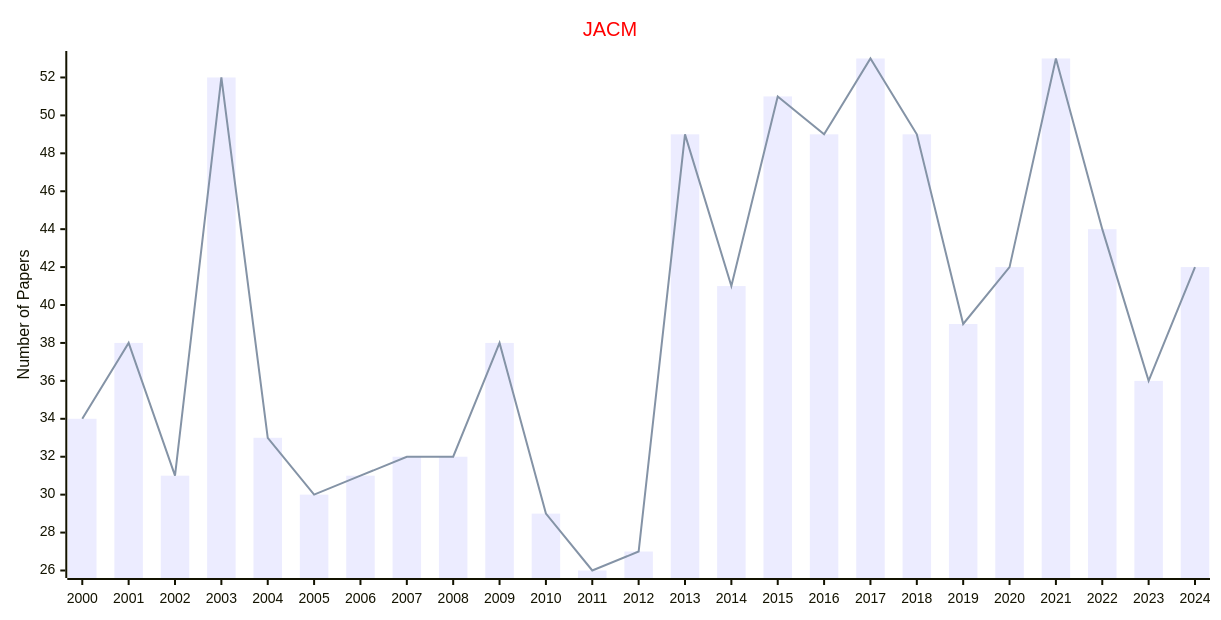
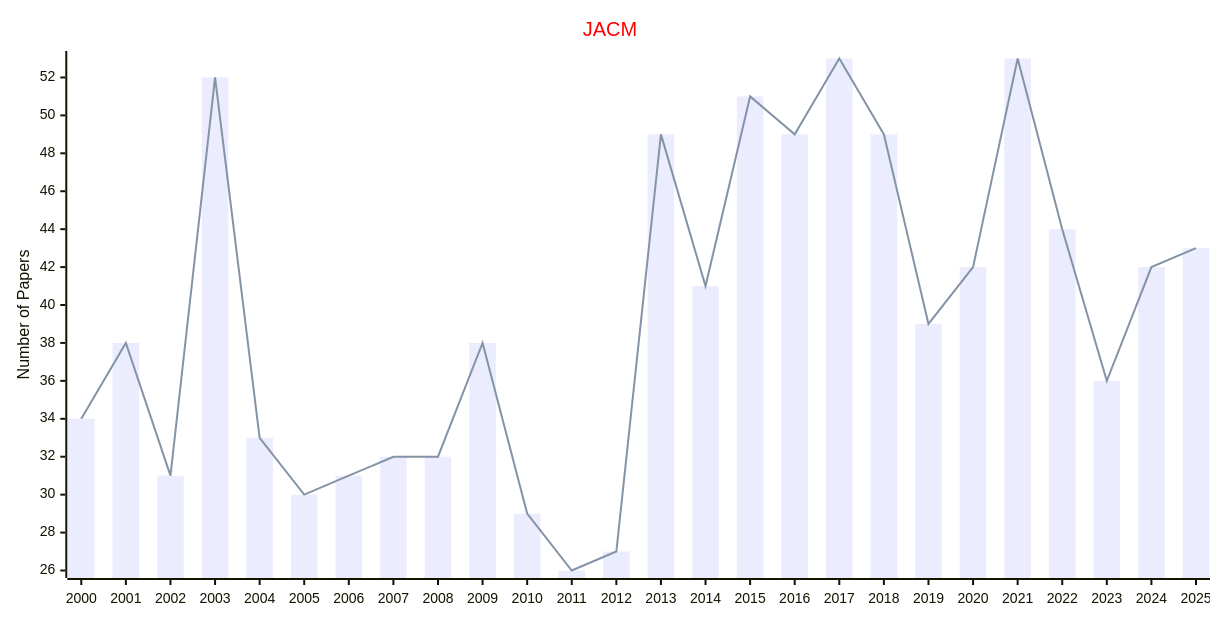
Before and after one commit to Easy-PhD/AILinks: the third of 9 diagrams in docs/data/Journals/Statistics_Journals/Computer_Science.md, drawn with Mermaid. The commit also changed other lines of this file and 93 other files, not shown here.

````diff
--- a/docs/data/Journals/Statistics_Journals/Computer_Science.md
+++ b/docs/data/Journals/Statistics_Journals/Computer_Science.md
@@ -57,17 +57,17 @@
 ```mermaid
 ---
 config:
     xyChart:
         width: 1200
         height: 600
     themeVariables:
         xyChart:
             titleColor: "#ff0000"
 ---
 xychart-beta
     title "JACM"
-    x-axis [2000, 2001, 2002, 2003, 2004, 2005, 2006, 2007, 2008, 2009, 2010, 2011, 2012, 2013, 2014, 2015, 2016, 2017, 2018, 2019, 2020, 2021, 2022, 2023, 2024]
+    x-axis [2000, 2001, 2002, 2003, 2004, 2005, 2006, 2007, 2008, 2009, 2010, 2011, 2012, 2013, 2014, 2015, 2016, 2017, 2018, 2019, 2020, 2021, 2022, 2023, 2024, 2025]
     y-axis "Number of Papers"
-    bar [34, 38, 31, 52, 33, 30, 31, 32, 32, 38, 29, 26, 27, 49, 41, 51, 49, 53, 49, 39, 42, 53, 44, 36, 42]
-    line [34, 38, 31, 52, 33, 30, 31, 32, 32, 38, 29, 26, 27, 49, 41, 51, 49, 53, 49, 39, 42, 53, 44, 36, 42]
+    bar [34, 38, 31, 52, 33, 30, 31, 32, 32, 38, 29, 26, 27, 49, 41, 51, 49, 53, 49, 39, 42, 53, 44, 36, 42, 43]
+    line [34, 38, 31, 52, 33, 30, 31, 32, 32, 38, 29, 26, 27, 49, 41, 51, 49, 53, 49, 39, 42, 53, 44, 36, 42, 43]
 ```
````
